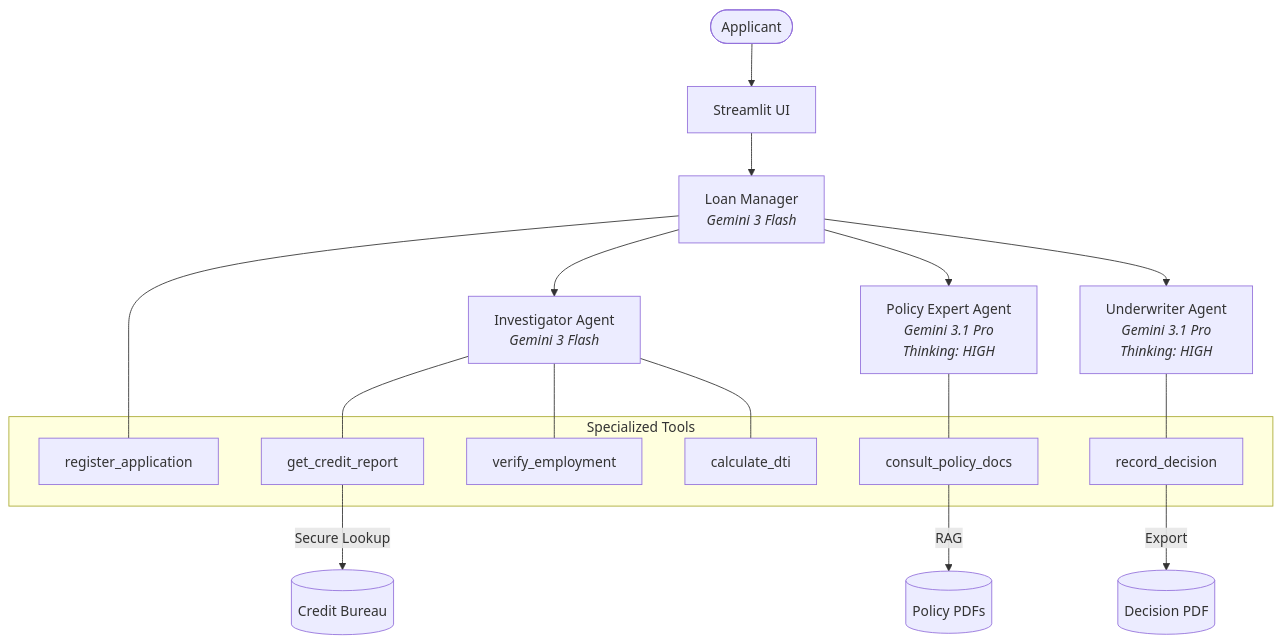
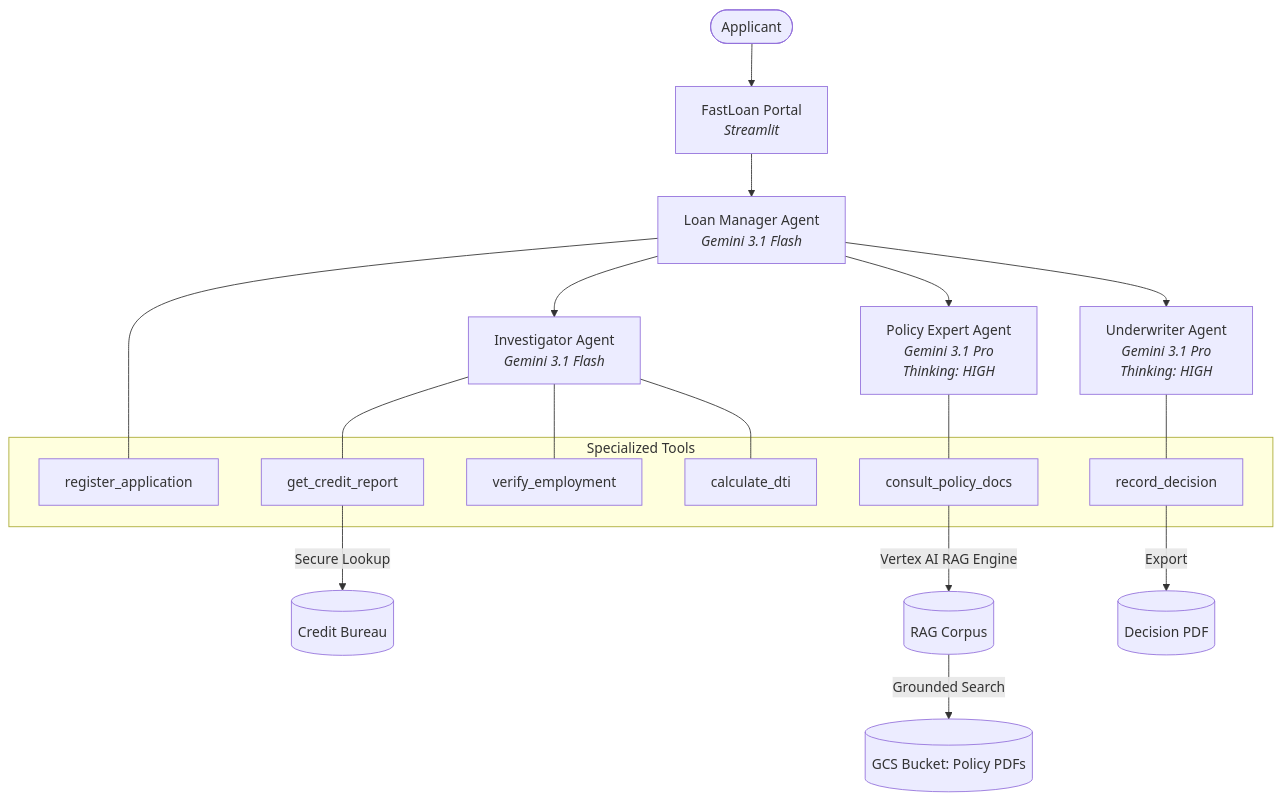
One commit to brendanhills/uk-bh-cch-demos changed the diagram in loan-approval-agent/README.md. Above: the diagram before and after it, drawn with Mermaid. The commit also changed other lines of this file and 60 other files, not shown here.

Commit message:
feat(rag): Integrate Vertex AI RAG Engine and Cloud DLP, consolidate data boundaries, and polish demo UI

````diff
--- a/loan-approval-agent/README.md
+++ b/loan-approval-agent/README.md
@@ -16,27 +16,28 @@
 ```mermaid
 graph TD
-    User([Applicant]) --> UI[Streamlit UI]
-    UI --> Manager[Loan Manager<br/><i>Gemini 3 Flash</i>]
+    User([Applicant]) --> UI[FastLoan Portal<br/><i>Streamlit</i>]
+    UI --> Manager[Loan Manager Agent<br/><i>Gemini 3.1 Flash</i>]
     
-    Manager --> Invest[Investigator Agent<br/><i>Gemini 3 Flash</i>]
+    Manager --> Invest[Investigator Agent<br/><i>Gemini 3.1 Flash</i>]
     Manager --> Policy[Policy Expert Agent<br/><i>Gemini 3.1 Pro<br/>Thinking: HIGH</i>]
     Manager --> Underwriter[Underwriter Agent<br/><i>Gemini 3.1 Pro<br/>Thinking: HIGH</i>]
 
     subgraph Tools [Specialized Tools]
         T1[register_application]
         T2[get_credit_report]
         T3[verify_employment]
         T4[calculate_dti]
         T5[consult_policy_docs]
         T6[record_decision]
     end
 
     Manager --- T1
     Invest --- T2 & T3 & T4
     Policy --- T5
     Underwriter --- T6
     
     T2 -- "Secure Lookup" --> Bureau[(Credit Bureau)]
-    T5 -- "RAG" --> PolicyDocs[(Policy PDFs)]
+    T5 -- "Vertex AI RAG Engine" --> RAG[(RAG Corpus)]
+    RAG -- "Grounded Search" --> GCS[(GCS Bucket: Policy PDFs)]
     T6 -- "Export" --> PDF[(Decision PDF)]
 ```
````
